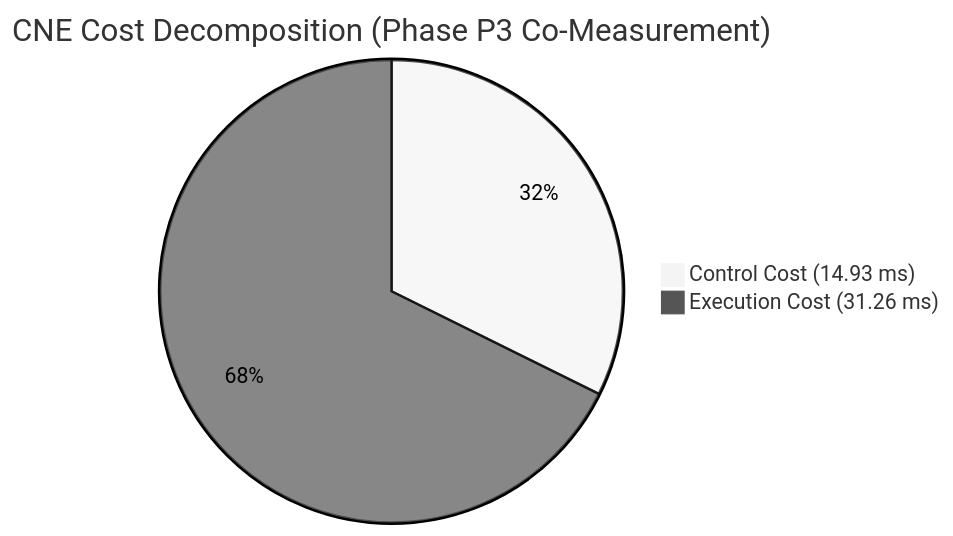
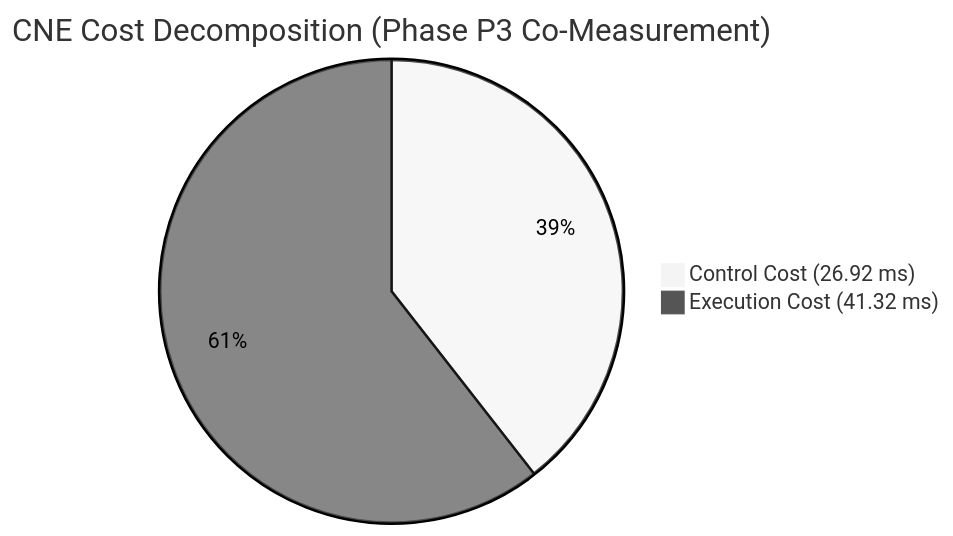
One commit to PrivateAccount-01/CNE changed the first of 2 diagrams in docs/BENCHMARK_REPORT.md. Above: the diagram before and after it, drawn with Mermaid (neutral theme). The commit also changed other lines of this file and 18 other files, not shown here.

````diff
--- a/docs/BENCHMARK_REPORT.md
+++ b/docs/BENCHMARK_REPORT.md
@@ -33,5 +33,5 @@
 ```mermaid
 pie title CNE Cost Decomposition (Phase P3 Co-Measurement)
-    "Control Cost (14.93 ms)" : 14.93
-    "Execution Cost (31.26 ms)" : 31.26
+    "Control Cost (26.92 ms)" : 26.92
+    "Execution Cost (41.32 ms)" : 41.32
 ```
````
